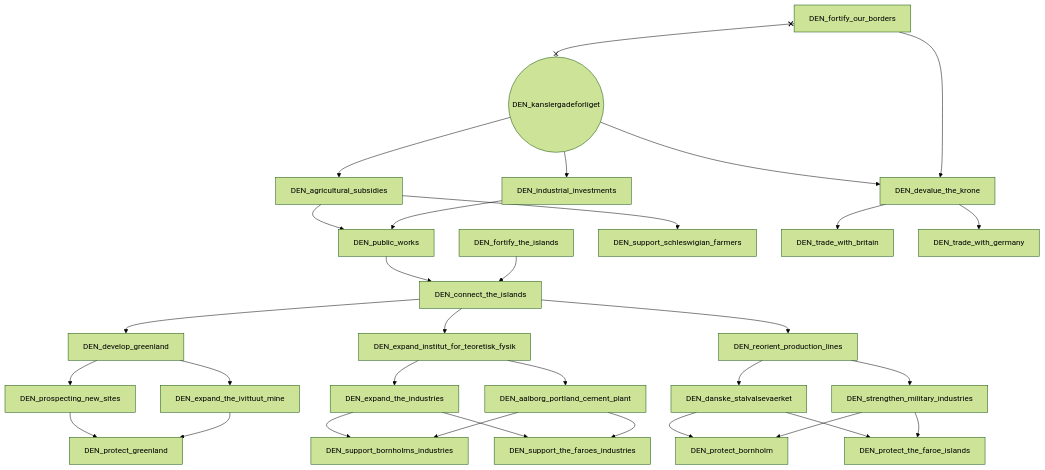
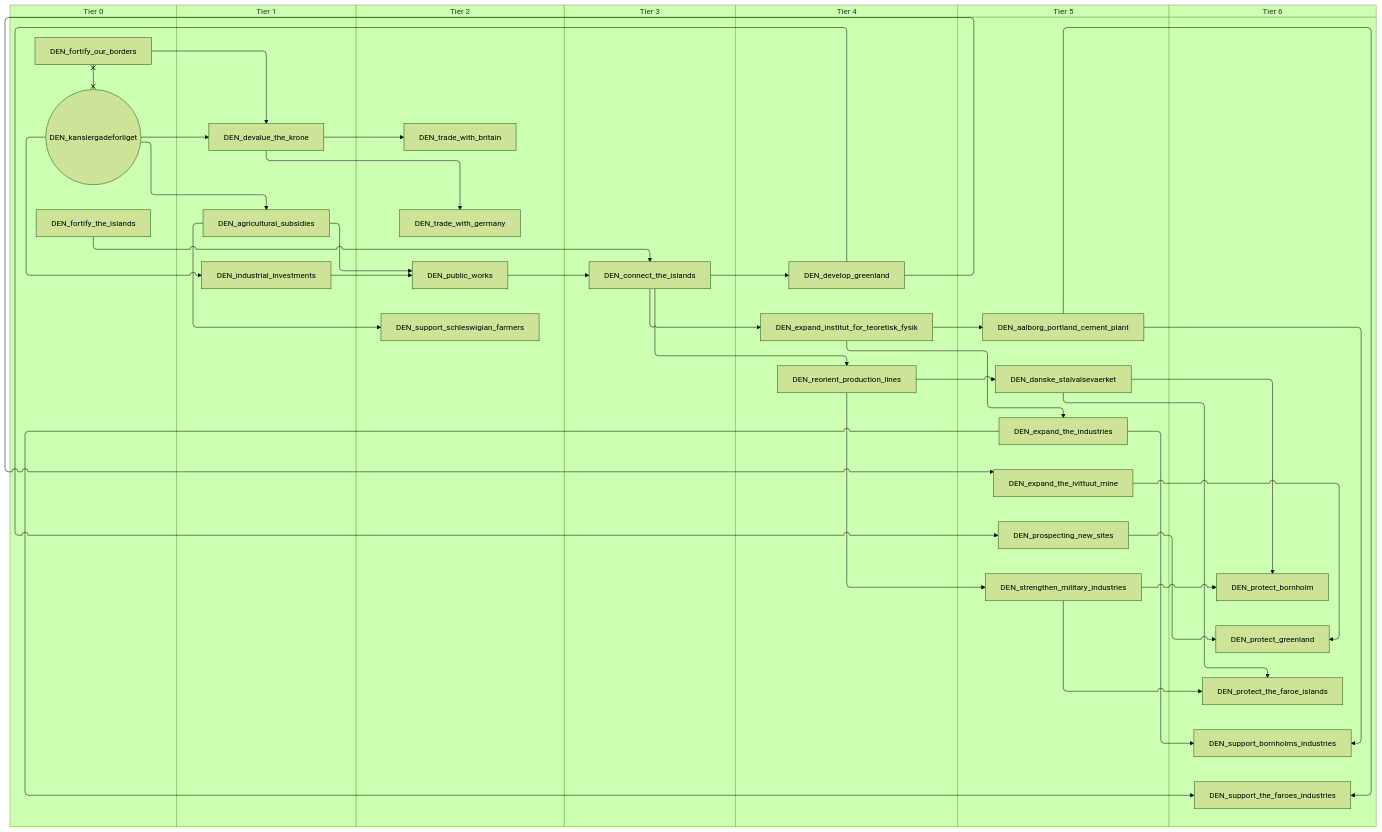
One commit to evgeny-sobol/hoi4-sandbox-mode-r56 changed the fourth of 5 diagrams in docs/gdd/National Focuses/r56/denmark.md. Above: the diagram before and after it, drawn with Mermaid (forest theme). The commit also changed other lines of this file and 423 other files, not shown here.

First line of the commit message:
Re-export Rt56 focus trees as swimlane diagrams

````diff
--- a/docs/gdd/National Focuses/r56/denmark.md
+++ b/docs/gdd/National Focuses/r56/denmark.md
@@ -358,59 +410,73 @@
 ```mermaid
-flowchart TD
-    n114["DEN_aalborg_portland_cement_plant"]
-    n139["DEN_agricultural_subsidies"]
-    n116["DEN_connect_the_islands"]
-    n117["DEN_danske_stalvalsevaerket"]
-    n118["DEN_devalue_the_krone"]
-    n119["DEN_develop_greenland"]
-    n120["DEN_expand_institut_for_teoretisk_fysik"]
-    n121["DEN_expand_the_industries"]
-    n122["DEN_expand_the_ivittuut_mine"]
-    n123["DEN_fortify_our_borders"]
-    n124["DEN_fortify_the_islands"]
-    n140["DEN_industrial_investments"]
-    n125(("DEN_kanslergadeforliget"))
-    n126["DEN_prospecting_new_sites"]
-    n127["DEN_protect_bornholm"]
-    n128["DEN_protect_greenland"]
-    n129["DEN_protect_the_faroe_islands"]
-    n130["DEN_public_works"]
-    n132["DEN_reorient_production_lines"]
-    n134["DEN_strengthen_military_industries"]
-    n135["DEN_support_bornholms_industries"]
-    n141["DEN_support_schleswigian_farmers"]
-    n136["DEN_support_the_faroes_industries"]
-    n137["DEN_trade_with_britain"]
-    n138["DEN_trade_with_germany"]
-    n120 --> n114
-    n125 --> n139
-    n130 --> n116
-    n124 --> n116
-    n132 --> n117
-    n125 --> n118
-    n123 --> n118
-    n116 --> n119
-    n116 --> n120
-    n120 --> n121
-    n119 --> n122
-    n125 --> n140
-    n119 --> n126
-    n117 --> n127
-    n134 --> n127
+swimlane-beta TD
+    subgraph tier_0["Tier 0"]
+        n114["DEN_fortify_our_borders"]
+        n120["DEN_fortify_the_islands"]
+        n115(("DEN_kanslergadeforliget"))
+    end
+    subgraph tier_1["Tier 1"]
+        n139["DEN_agricultural_subsidies"]
+        n118["DEN_devalue_the_krone"]
+        n140["DEN_industrial_investments"]
+    end
+    subgraph tier_2["Tier 2"]
+        n116["DEN_public_works"]
+        n141["DEN_support_schleswigian_farmers"]
+        n122["DEN_trade_with_britain"]
+        n123["DEN_trade_with_germany"]
+    end
+    subgraph tier_3["Tier 3"]
+        n124["DEN_connect_the_islands"]
+    end
+    subgraph tier_4["Tier 4"]
+        n125["DEN_develop_greenland"]
+        n126["DEN_expand_institut_for_teoretisk_fysik"]
+        n127["DEN_reorient_production_lines"]
+    end
+    subgraph tier_5["Tier 5"]
+        n128["DEN_aalborg_portland_cement_plant"]
+        n129["DEN_danske_stalvalsevaerket"]
+        n130["DEN_expand_the_industries"]
+        n131["DEN_expand_the_ivittuut_mine"]
+        n132["DEN_prospecting_new_sites"]
+        n133["DEN_strengthen_military_industries"]
+    end
+    subgraph tier_6["Tier 6"]
+        n134["DEN_protect_bornholm"]
+        n135["DEN_protect_greenland"]
+        n136["DEN_protect_the_faroe_islands"]
+        n137["DEN_support_bornholms_industries"]
+        n138["DEN_support_the_faroes_industries"]
+    end
     n126 --> n128
-    n122 --> n128
-    n117 --> n129
-    n134 --> n129
-    n139 --> n130
-    n140 --> n130
-    n116 --> n132
-    n132 --> n134
-    n121 --> n135
-    n114 --> n135
+    n115 --> n139
+    n116 --> n124
+    n120 --> n124
+    n127 --> n129
+    n115 --> n118
+    n114 --> n118
+    n124 --> n125
+    n124 --> n126
+    n126 --> n130
+    n125 --> n131
+    n115 --> n140
+    n125 --> n132
+    n129 --> n134
+    n133 --> n134
+    n132 --> n135
+    n131 --> n135
+    n129 --> n136
+    n133 --> n136
+    n139 --> n116
+    n140 --> n116
+    n124 --> n127
+    n127 --> n133
+    n130 --> n137
+    n128 --> n137
     n139 --> n141
-    n121 --> n136
-    n114 --> n136
-    n118 --> n137
-    n118 --> n138
-    n123 x--x n125
+    n130 --> n138
+    n128 --> n138
+    n118 --> n122
+    n118 --> n123
+    n114 x--x n115
 ```
````
